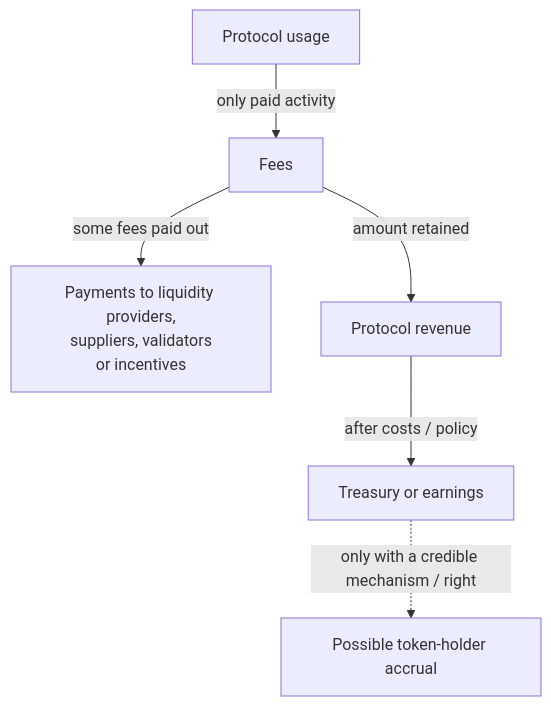
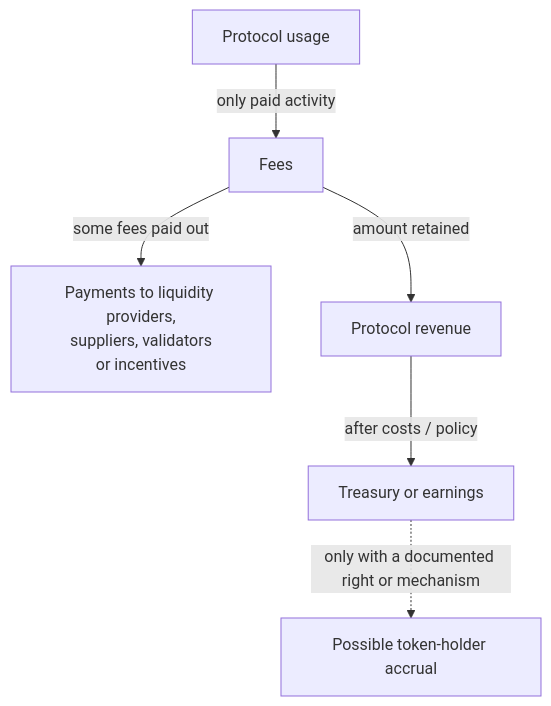
One commit to Blockchain-NTU-SG/academy-handbook changed the diagram in docs/tracks/researcher/week-5/part-5-token-and-incentive-economics.md. Above: the diagram before and after it, drawn with Mermaid. The commit also changed 9 other files, not shown here.

````diff
--- a/docs/tracks/researcher/week-5/part-5-token-and-incentive-economics.md
+++ b/docs/tracks/researcher/week-5/part-5-token-and-incentive-economics.md
@@ -132,10 +132,10 @@
 ```mermaid
 flowchart TB
   accTitle: Protocol economics and conditional token-holder accrual
   accDescr: Usage may create fees; fees may pay providers or become retained revenue; revenue may form treasury or earnings; any path to token-holder accrual is conditional.
   U["Protocol usage"] -->|"only paid activity"| F["Fees"]
   F -->|"some fees paid out"| P["Payments to liquidity providers,<br/>suppliers, validators<br/>or incentives"]
   F -->|"amount retained"| R["Protocol revenue"]
   R -->|"after costs / policy"| T["Treasury or earnings"]
-  T -.->|"only with a credible mechanism / right"| H["Possible token-holder accrual"]
+  T -.->|"only with a documented right or mechanism"| H["Possible token-holder accrual"]
 ```
````
